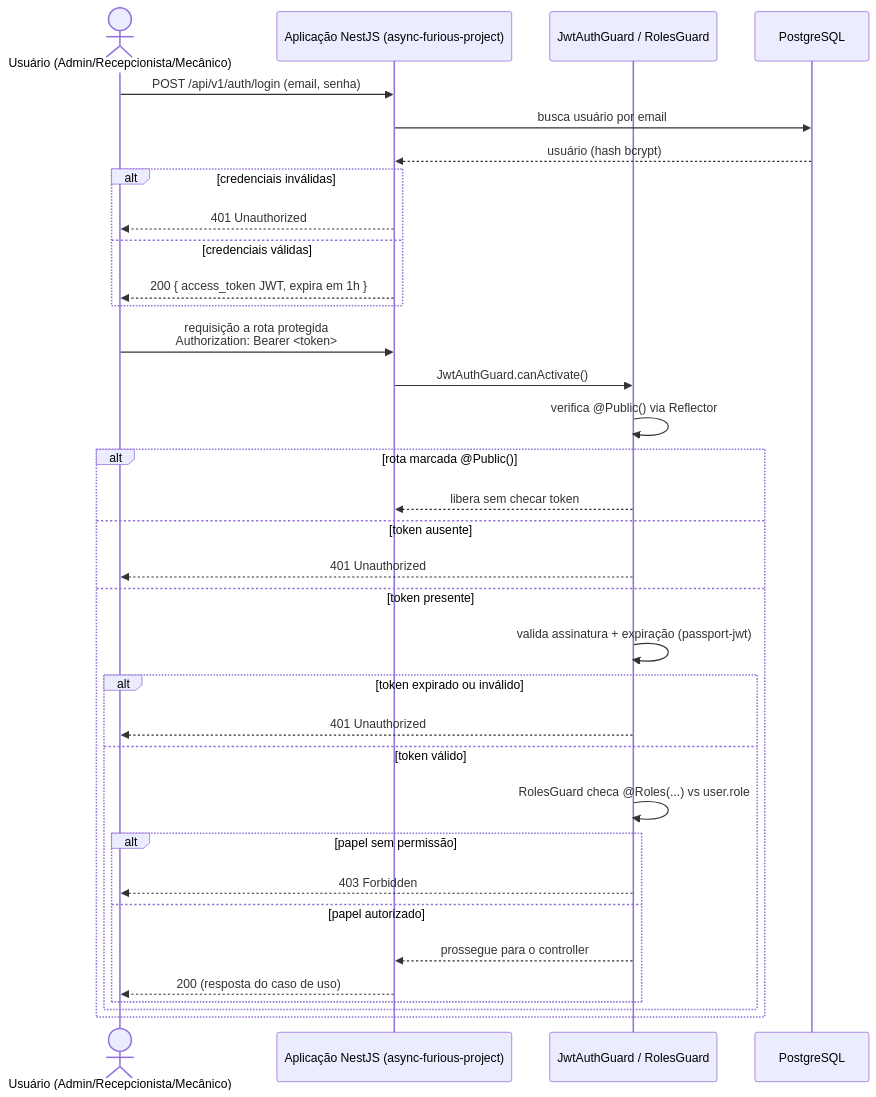
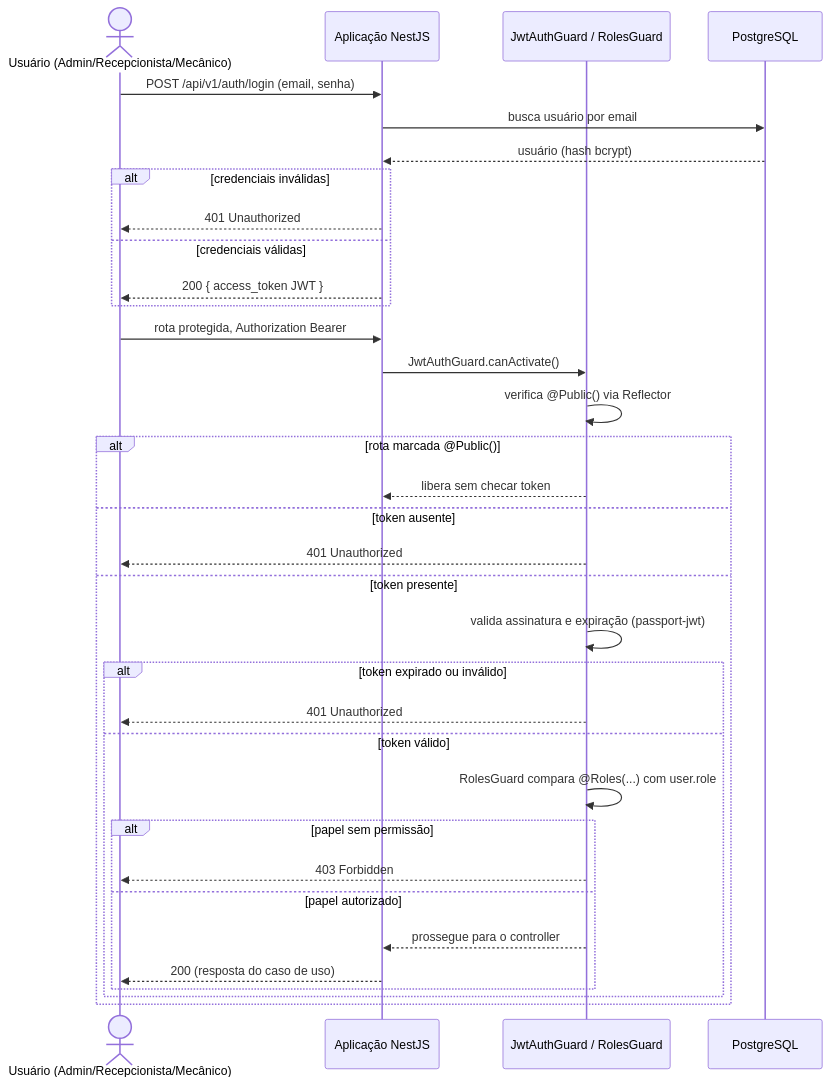
One commit to Async-And-Furious/async-furious-project changed the first of 2 diagrams in docs/architecture/authentication-flow.md. Above: the diagram before and after it, drawn with Mermaid. The commit also changed other lines of this file, not shown here.

````diff
--- a/docs/architecture/authentication-flow.md
+++ b/docs/architecture/authentication-flow.md
@@ -14,38 +18,38 @@
 ```mermaid
 sequenceDiagram
     actor U as Usuário (Admin/Recepcionista/Mecânico)
-    participant API as Aplicação NestJS (async-furious-project)
+    participant API as Aplicação NestJS
     participant Guard as JwtAuthGuard / RolesGuard
     participant DB as PostgreSQL
 
     U->>API: POST /api/v1/auth/login (email, senha)
     API->>DB: busca usuário por email
     DB-->>API: usuário (hash bcrypt)
     alt credenciais inválidas
         API-->>U: 401 Unauthorized
     else credenciais válidas
-        API-->>U: 200 { access_token JWT, expira em 1h }
+        API-->>U: 200 { access_token JWT }
     end
 
-    U->>API: requisição a rota protegida<br/>Authorization: Bearer <token>
+    U->>API: rota protegida, Authorization Bearer
     API->>Guard: JwtAuthGuard.canActivate()
     Guard->>Guard: verifica @Public() via Reflector
     alt rota marcada @Public()
         Guard-->>API: libera sem checar token
     else token ausente
         Guard-->>U: 401 Unauthorized
     else token presente
-        Guard->>Guard: valida assinatura + expiração (passport-jwt)
+        Guard->>Guard: valida assinatura e expiração (passport-jwt)
         alt token expirado ou inválido
             Guard-->>U: 401 Unauthorized
         else token válido
-            Guard->>Guard: RolesGuard checa @Roles(...) vs user.role
+            Guard->>Guard: RolesGuard compara @Roles(...) com user.role
             alt papel sem permissão
                 Guard-->>U: 403 Forbidden
             else papel autorizado
                 Guard-->>API: prossegue para o controller
                 API-->>U: 200 (resposta do caso de uso)
             end
         end
     end
 ```
````
